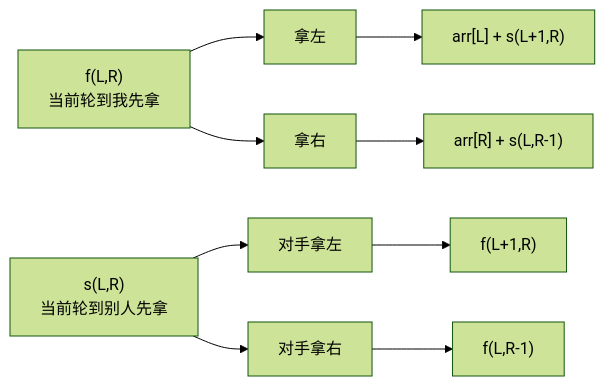
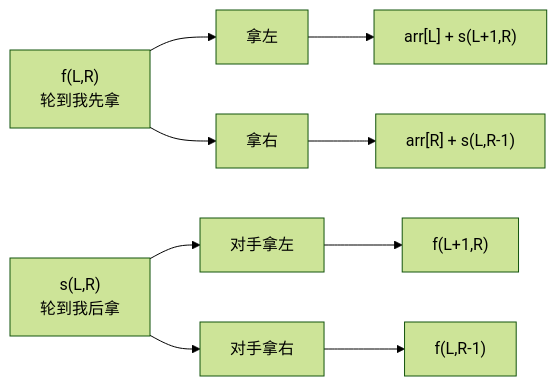
Before and after one commit to freeedoooooo/algs: the second of 3 diagrams in my-notes/01-基础巩固/13-暴力递归到动态规划2-尝试模型/11-尝试模型2-范围模型-纸牌博弈.md, drawn with Mermaid (forest theme). The commit also changed other lines of this file, not shown here.

````diff
--- a/my-notes/01-基础巩固/13-暴力递归到动态规划2-尝试模型/11-尝试模型2-范围模型-纸牌博弈.md
+++ b/my-notes/01-基础巩固/13-暴力递归到动态规划2-尝试模型/11-尝试模型2-范围模型-纸牌博弈.md
@@ -126,12 +126,12 @@
 ```mermaid
 graph LR
-    F["f(L,R)<br/>当前轮到我先拿"] --> TakeL["拿左"]
-    F --> TakeR["拿右"]
-    TakeL --> S1["arr[L] + s(L+1,R)"]
-    TakeR --> S2["arr[R] + s(L,R-1)"]
+    F["f(L,R)<br/>轮到我先拿"] --> FL["拿左"]
+    F --> FR["拿右"]
+    FL --> FS1["arr[L] + s(L+1,R)"]
+    FR --> FS2["arr[R] + s(L,R-1)"]
 
-    S["s(L,R)<br/>当前轮到别人先拿"] --> OppL["对手拿左"]
-    S --> OppR["对手拿右"]
-    OppL --> F1["f(L+1,R)"]
-    OppR --> F2["f(L,R-1)"]
+    S["s(L,R)<br/>轮到我后拿"] --> SL["对手拿左"]
+    S --> SR["对手拿右"]
+    SL --> SF1["f(L+1,R)"]
+    SR --> SF2["f(L,R-1)"]
 ```
````
